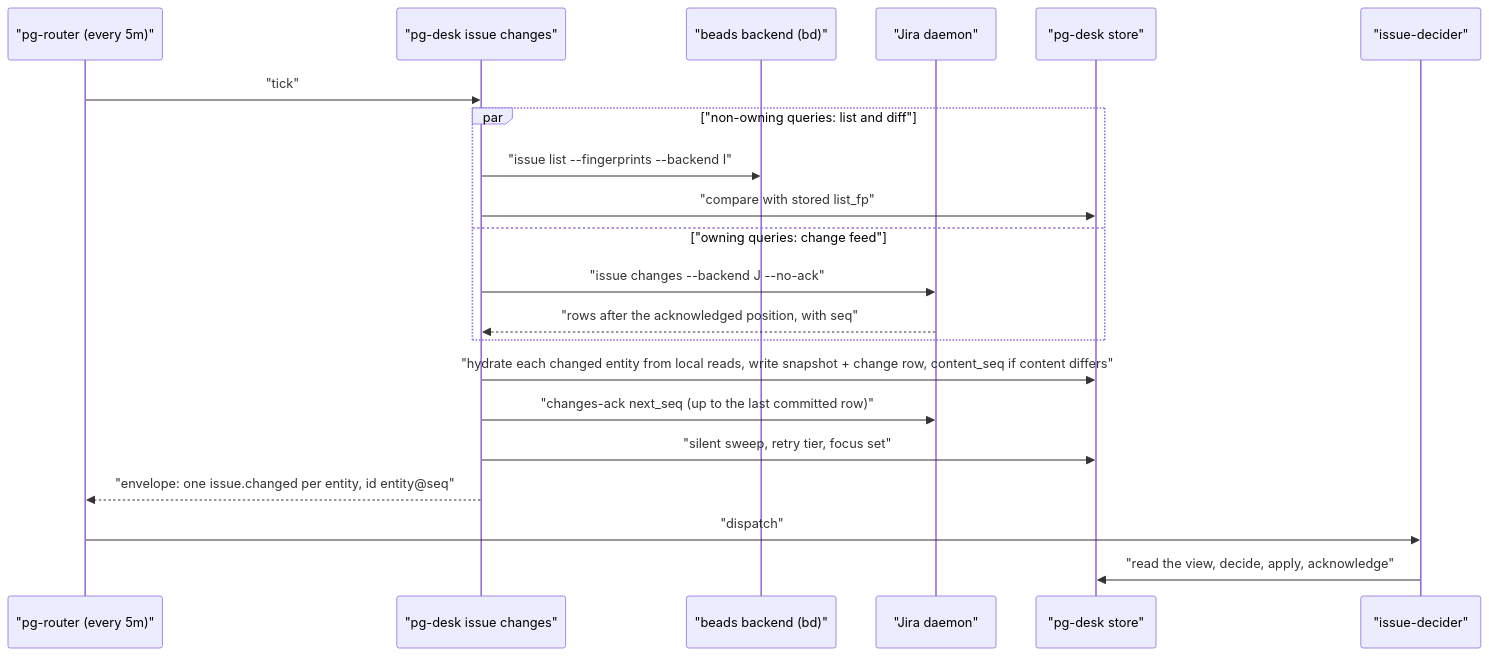
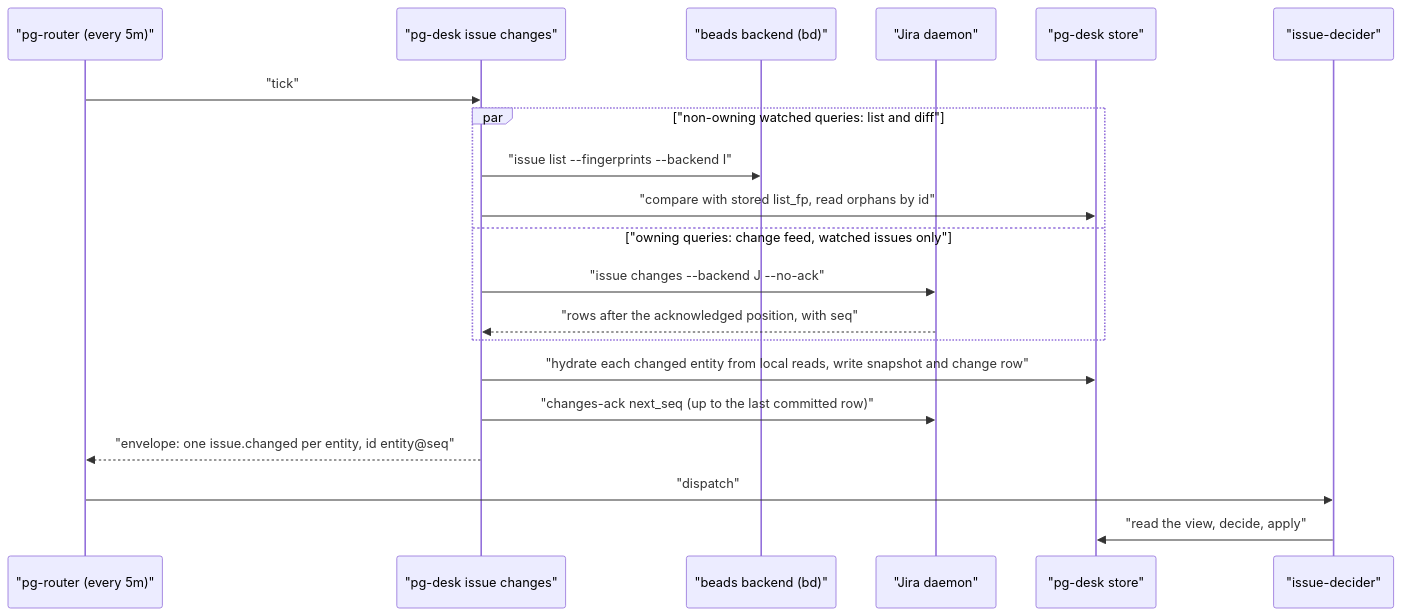
One commit to phillipgreenii/nix-agent-support changed the third of 3 diagrams in docs/superpowers/specs/2026-10-20-issue-change-emission-per-backend-design.md. Above: the diagram before and after it, drawn with Mermaid. The commit also changed other lines of this file, not shown here.

````diff
--- a/docs/superpowers/specs/2026-10-20-issue-change-emission-per-backend-design.md
+++ b/docs/superpowers/specs/2026-10-20-issue-change-emission-per-backend-design.md
@@ -336,24 +422,23 @@
 ```mermaid
 sequenceDiagram
     participant R as "pg-router (every 5m)"
     participant D as "pg-desk issue changes"
     participant B as "beads backend (bd)"
     participant J as "Jira daemon"
     participant S as "pg-desk store"
     participant X as "issue-decider"
 
     R->>D: "tick"
-    par "non-owning queries: list and diff"
+    par "non-owning watched queries: list and diff"
         D->>B: "issue list --fingerprints --backend I"
-        D->>S: "compare with stored list_fp"
-    and "owning queries: change feed"
+        D->>S: "compare with stored list_fp, read orphans by id"
+    and "owning queries: change feed, watched issues only"
         D->>J: "issue changes --backend J --no-ack"
         J-->>D: "rows after the acknowledged position, with seq"
     end
-    D->>S: "hydrate each changed entity from local reads, write snapshot + change row, content_seq if content differs"
+    D->>S: "hydrate each changed entity from local reads, write snapshot and change row"
     D->>J: "changes-ack next_seq (up to the last committed row)"
-    D->>S: "silent sweep, retry tier, focus set"
     D-->>R: "envelope: one issue.changed per entity, id entity@seq"
     R->>X: "dispatch"
-    X->>S: "read the view, decide, apply, acknowledge"
+    X->>S: "read the view, decide, apply"
 ```
````
